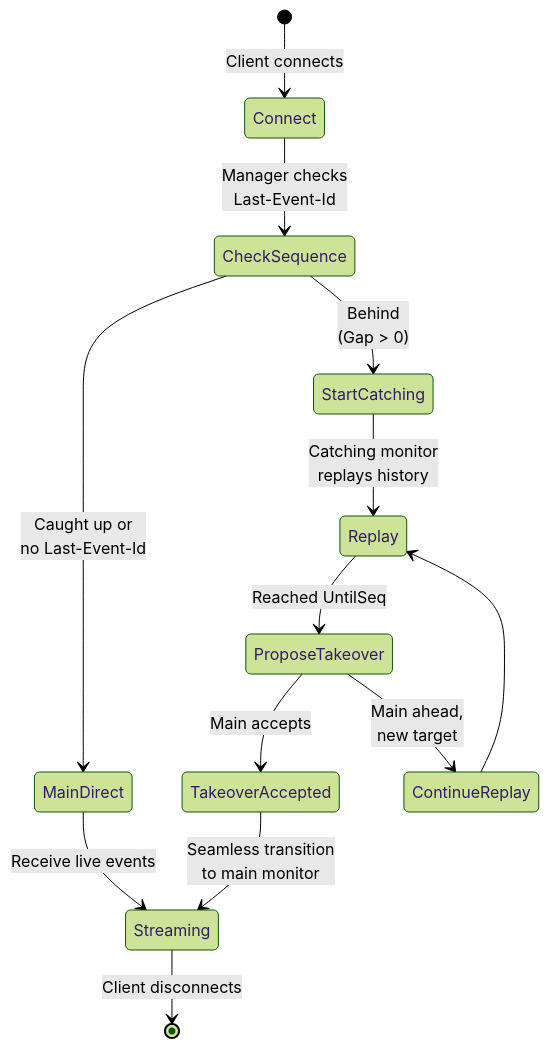
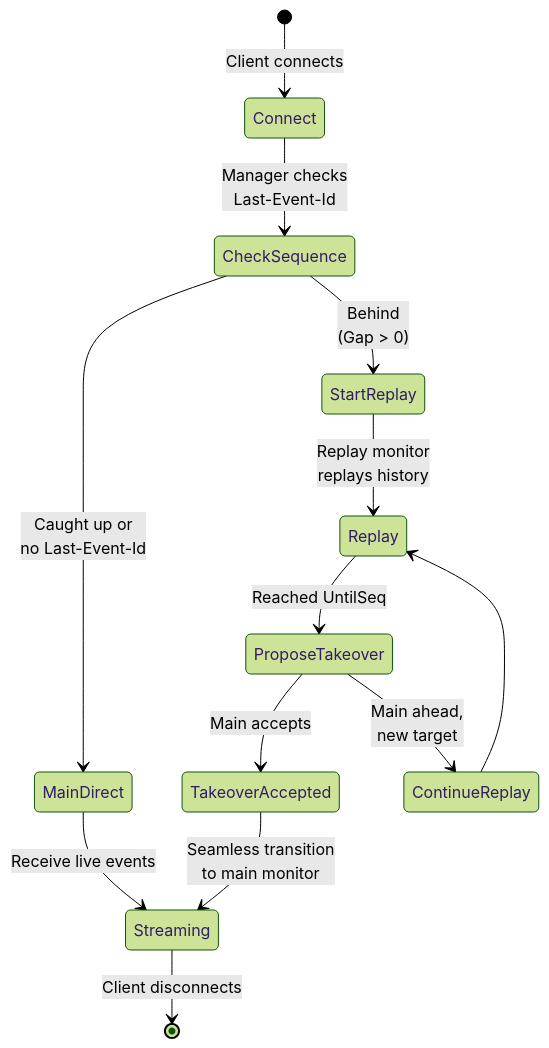
One commit to onedata/op-worker changed the first of 8 diagrams in doc/design/files_monitoring/reconnection.md. Above: the diagram before and after it, drawn with Mermaid (forest theme). The commit also changed other lines of this file and 12 other files, not shown here.

Commit message:
VFS-12887 Rename catching monitor to replay monitor

````diff
--- a/doc/design/files_monitoring/reconnection.md
+++ b/doc/design/files_monitoring/reconnection.md
@@ -15,23 +15,23 @@
 ```mermaid
 stateDiagram-v2
     [*] --> Connect: Client connects
     
     Connect --> CheckSequence: Manager checks<br/>Last-Event-Id
     
     CheckSequence --> MainDirect: Caught up or<br/>no Last-Event-Id
-    CheckSequence --> StartCatching: Behind<br/>(Gap > 0)
+    CheckSequence --> StartReplay: Behind<br/>(Gap > 0)
     
     MainDirect --> Streaming: Receive live events
     
-    StartCatching --> Replay: Catching monitor<br/>replays history
+    StartReplay --> Replay: Replay monitor<br/>replays history
     Replay --> ProposeTakeover: Reached UntilSeq
     
     ProposeTakeover --> TakeoverAccepted: Main accepts
     ProposeTakeover --> ContinueReplay: Main ahead,<br/>new target
     
     ContinueReplay --> Replay
     
     TakeoverAccepted --> Streaming: Seamless transition<br/>to main monitor
     
     Streaming --> [*]: Client disconnects
 ```
````
